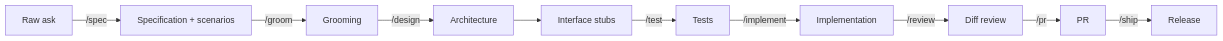
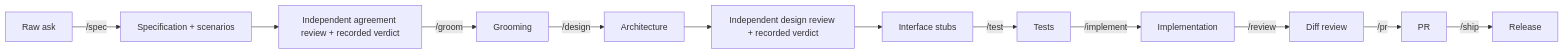
One commit to RLittlesII/agents changed the diagram in .claude/skills/sdd-conventions/SKILL.md. Above: the diagram before and after it, drawn with Mermaid. The commit also changed other lines of this file and 148 other files, not shown here.

````diff
--- a/.claude/skills/sdd-conventions/SKILL.md
+++ b/.claude/skills/sdd-conventions/SKILL.md
@@ -38,12 +38,14 @@
 ```mermaid
 flowchart LR
     Ask[Raw ask] -->|/spec| Specification[Specification + scenarios]
-    Specification -->|/groom| Grooming[Grooming]
+    Specification --> AgreementReview[Independent agreement review + recorded verdict]
+    AgreementReview -->|/groom| Grooming[Grooming]
     Grooming -->|/design| Architecture[Architecture]
-    Architecture --> Stubs[Interface stubs]
+    Architecture --> DesignReview[Independent design review + recorded verdict]
+    DesignReview --> Stubs[Interface stubs]
     Stubs -->|/test| Tests[Tests]
     Tests -->|/implement| Implementation[Implementation]
     Implementation -->|/review| Review[Diff review]
     Review -->|/pr| PR[PR]
     PR -->|/ship| Release[Release]
 ```
````
